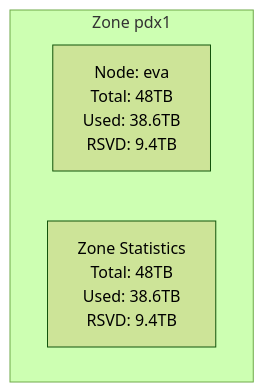
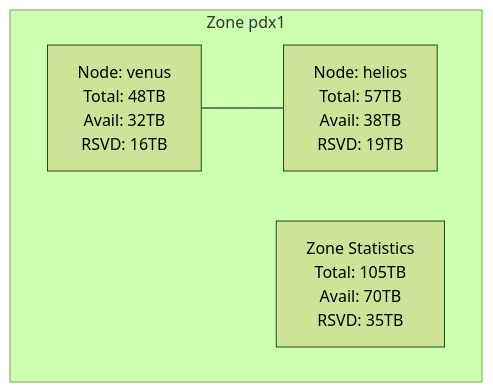
One commit to dastron/storage-cluster changed the fifth of 6 diagrams in README.md. Above: the diagram before and after it, drawn with Mermaid (forest theme). The commit also changed other lines of this file, not shown here.

````diff
--- a/README.md
+++ b/README.md
@@ -177,9 +149,12 @@
 ```mermaid
 graph TD
     subgraph "Zone pdx1"
         direction LR
-        Eva["Node: eva<br>Total: 48TB<br>Used: 38.6TB<br>RSVD: 9.4TB"]
+        Venus["Node: venus<br>Total: 48TB<br>Avail: 32TB<br>RSVD: 16TB"]
+        Helios["Node: helios<br>Total: 57TB<br>Avail: 38TB<br>RSVD: 19TB"]
         
-        ZoneStats["Zone Statistics<br>Total: 48TB<br>Used: 38.6TB<br>RSVD: 9.4TB"]
+        ZoneStats["Zone Statistics<br>Total: 105TB<br>Avail: 70TB<br>RSVD: 35TB"]
     end
+    
+    Venus --- Helios
 ```
````
